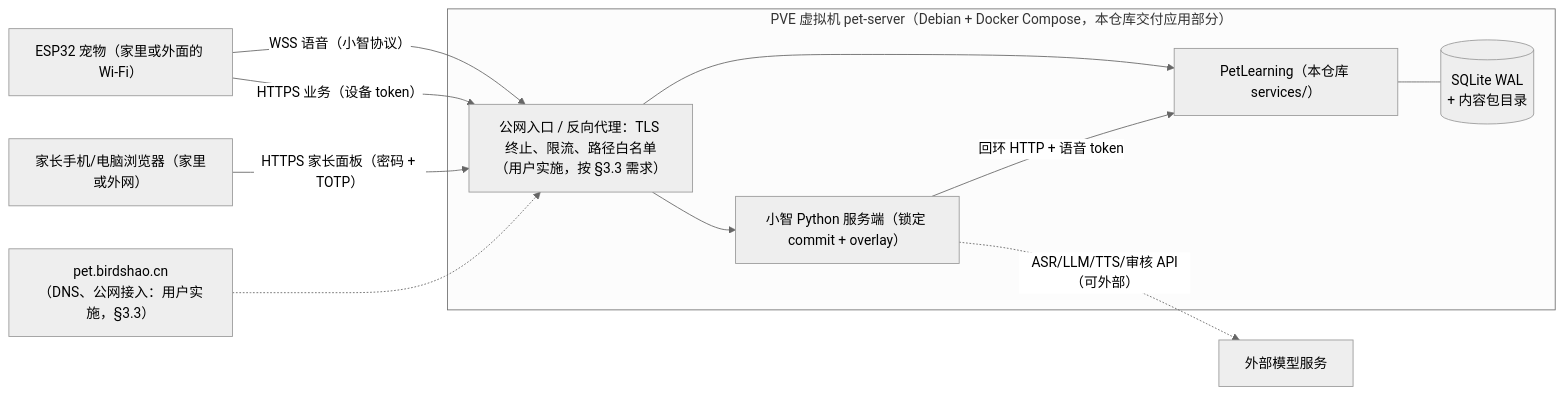
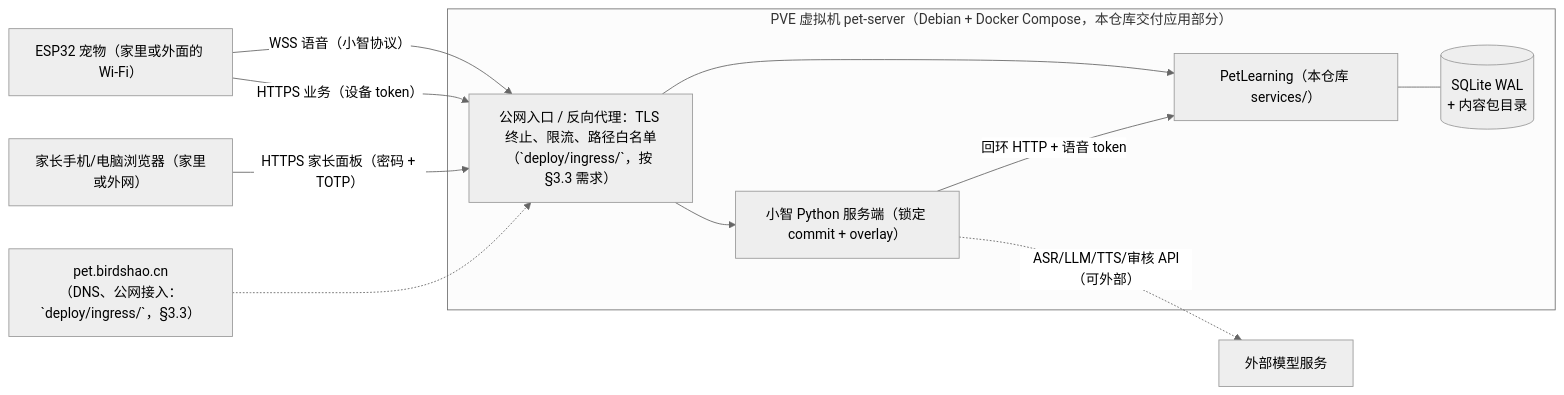
The diagram in docs/V5_V6_SERVER_PLAN.md (birdshao/xiaozhi-pet), drawn with Mermaid (neutral theme) before and after one commit. The commit also changed other lines of this file and 21 other files, not shown here.

First line of the commit message:
feat: public HTTPS ingress for CT 108 (nginx TLS, acme.sh DNSPod DNS-01, DDNS, firewall)

````diff
--- a/docs/V5_V6_SERVER_PLAN.md
+++ b/docs/V5_V6_SERVER_PLAN.md
@@ -45,18 +45,18 @@
 ```mermaid
 flowchart LR
     DEV["ESP32 宠物（家里或外面的 Wi-Fi）"] -- "WSS 语音（小智协议）" --> PX
     DEV -- "HTTPS 业务（设备 token）" --> PX
     PAR["家长手机/电脑浏览器（家里或外网）"] -- "HTTPS 家长面板（密码 + TOTP）" --> PX
-    DNS["pet.birdshao.cn\n（DNS、公网接入：用户实施，§3.3）"] -.-> PX
-    PX["公网入口 / 反向代理：TLS 终止、限流、路径白名单\n（用户实施，按 §3.3 需求）"]
+    DNS["pet.birdshao.cn\n（DNS、公网接入：`deploy/ingress/`，§3.3）"] -.-> PX
+    PX["公网入口 / 反向代理：TLS 终止、限流、路径白名单\n（`deploy/ingress/`，按 §3.3 需求）"]
     subgraph HOST["PVE 虚拟机 pet-server（Debian + Docker Compose，本仓库交付应用部分）"]
       XZ["小智 Python 服务端（锁定 commit + overlay）"]
       PL["PetLearning（本仓库 services/）"]
       DB[("SQLite WAL\n+ 内容包目录")]
       PX --> XZ
       PX --> PL
       XZ -- "回环 HTTP + 语音 token" --> PL
       PL --- DB
     end
     XZ -. "ASR/LLM/TTS/审核 API（可外部）" .-> EXT["外部模型服务"]
 ```
````
